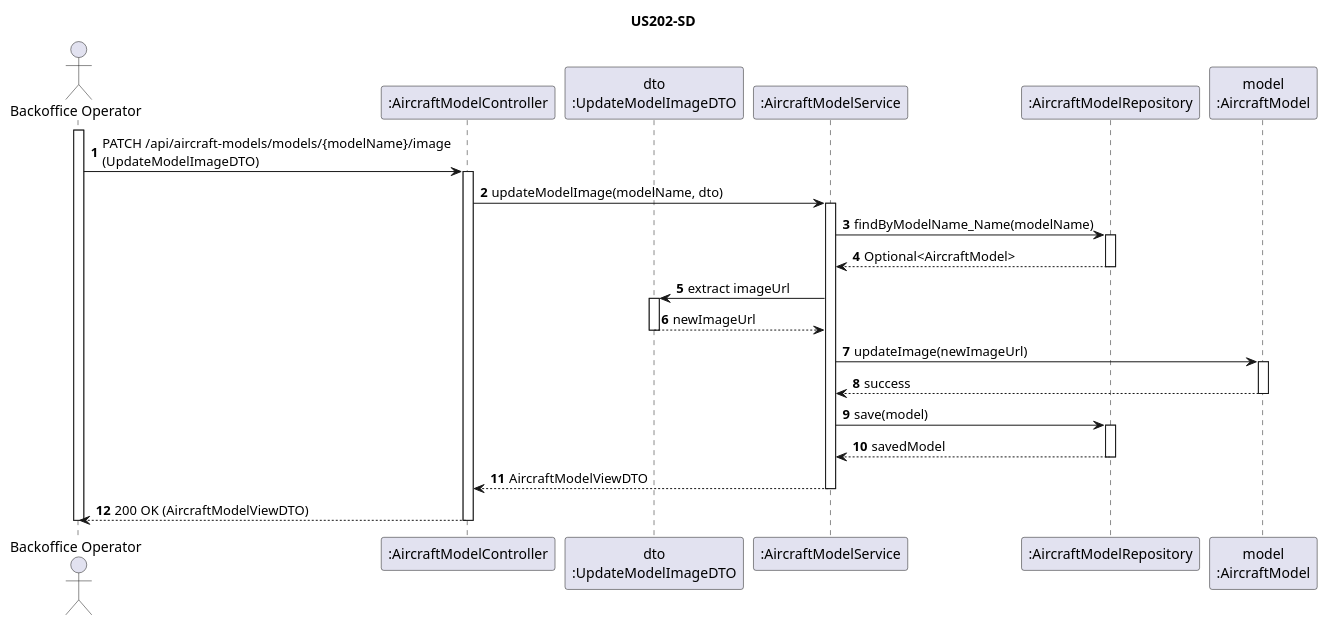
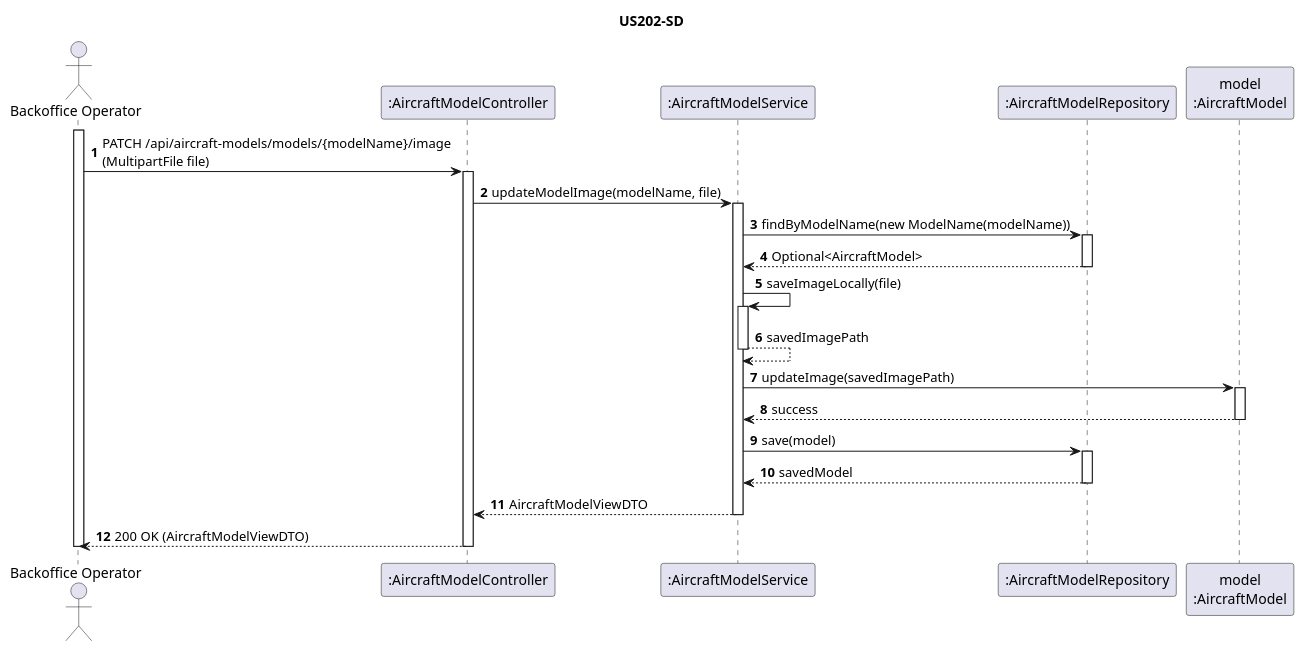
One commit to anamartasilvaa/PSOFT_AISafe_Flight changed the diagram in docs/WP#1B-Enhanced Aircraft Features/US202/US202-SD.puml. Above: the diagram before and after it, drawn with PlantUML. The commit also changed 5 other files, not shown here.

Commit message:
US202 - upload imagem da aircraft, ficheiros + diagramas atualizados

```diff
--- a/docs/WP#1B-Enhanced Aircraft Features/US202/US202-SD.puml
+++ b/docs/WP#1B-Enhanced Aircraft Features/US202/US202-SD.puml
@@ -1,45 +1,44 @@
 @startuml
 autonumber
 title US202-SD
 
 actor "Backoffice Operator" as Operator
 participant ":AircraftModelController" as Ctrl
-participant "dto\n:UpdateModelImageDTO" as DTO
 participant ":AircraftModelService" as Service
 participant ":AircraftModelRepository" as Repo
 participant "model\n:AircraftModel" as Entity
 
 activate Operator
-Operator -> Ctrl : PATCH /api/aircraft-models/models/{modelName}/image\n(UpdateModelImageDTO)
+Operator -> Ctrl : PATCH /api/aircraft-models/models/{modelName}/image\n(MultipartFile file)
 activate Ctrl
 
-Ctrl -> Service : updateModelImage(modelName, dto)
+Ctrl -> Service : updateModelImage(modelName, file)
 activate Service
 
-Service -> Repo : findByModelName_Name(modelName)
+Service -> Repo : findByModelName(new ModelName(modelName))
 activate Repo
 Repo --> Service : Optional<AircraftModel>
 deactivate Repo
 
-Service -> DTO : extract imageUrl
-activate DTO
-DTO --> Service : newImageUrl
-deactivate DTO
+Service -> Service : saveImageLocally(file)
+activate Service
+Service --> Service : savedImagePath
+deactivate Service
 
-Service -> Entity : updateImage(newImageUrl)
+Service -> Entity : updateImage(savedImagePath)
 activate Entity
 Entity --> Service : success
 deactivate Entity
 
 Service -> Repo : save(model)
 activate Repo
 Repo --> Service : savedModel
 deactivate Repo
 
 Service --> Ctrl : AircraftModelViewDTO
 deactivate Service
 
 Ctrl --> Operator : 200 OK (AircraftModelViewDTO)
 deactivate Ctrl
 deactivate Operator
 @enduml
```
